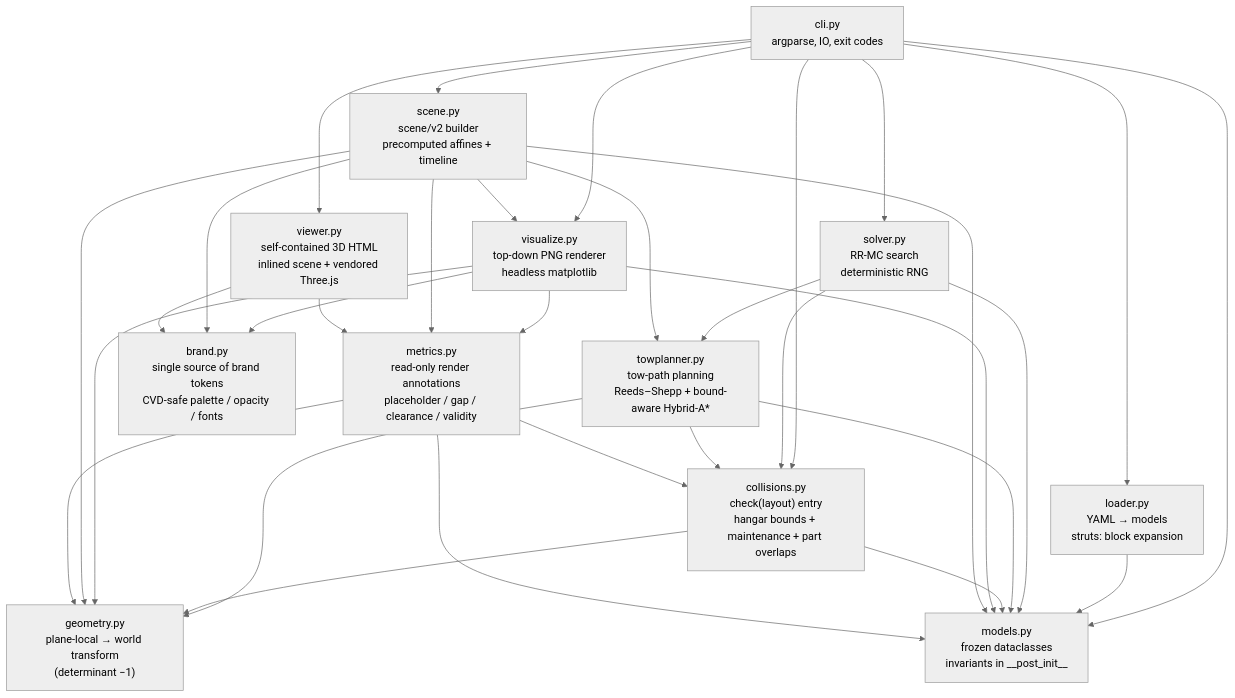
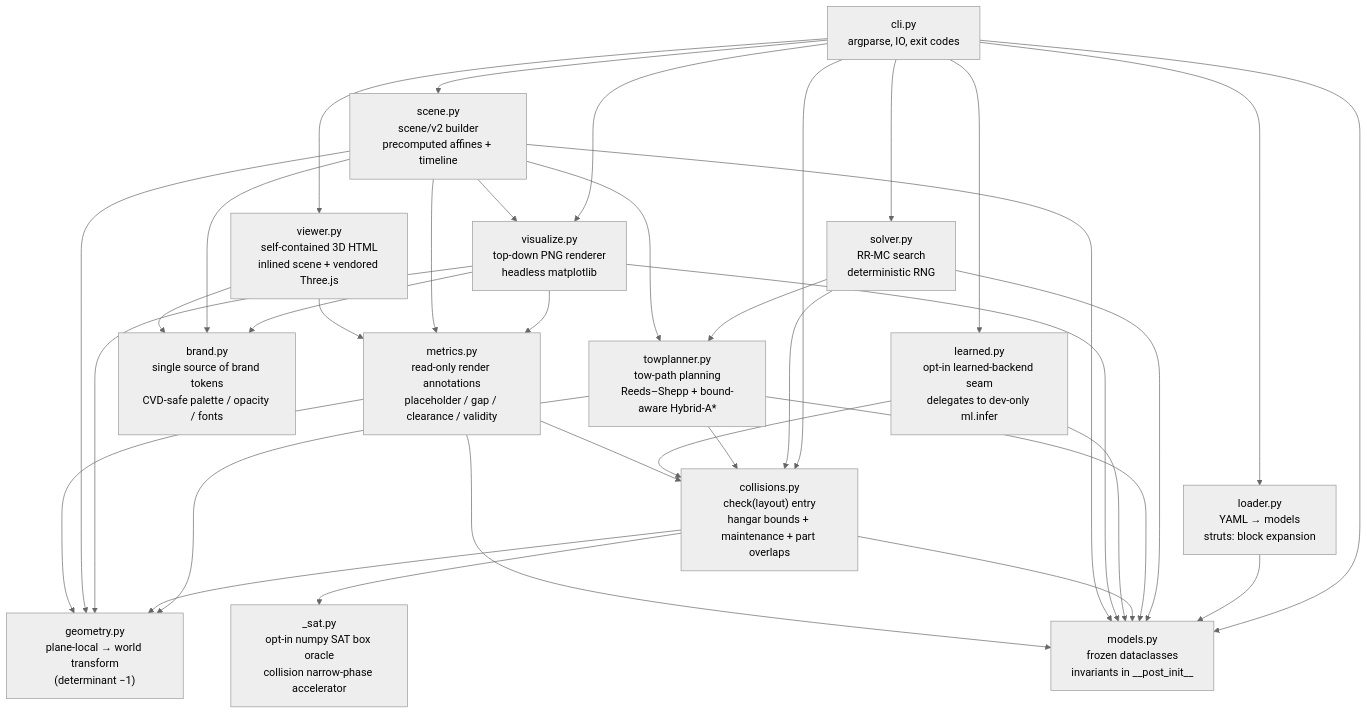
The first of 2 diagrams in docs/architecture/05-building-block-view.md (DocGerd/hangarfit), drawn with Mermaid (neutral theme) before and after one commit. The commit also changed other lines of this file and 5 other files, not shown here.

````diff
--- a/docs/architecture/05-building-block-view.md
+++ b/docs/architecture/05-building-block-view.md
@@ -9,56 +9,63 @@
 ```mermaid
 flowchart TD
     cli["cli.py<br/>argparse, IO, exit codes"]
     loader["loader.py<br/>YAML → models<br/>struts: block expansion"]
     models["models.py<br/>frozen dataclasses<br/>invariants in __post_init__"]
     geometry["geometry.py<br/>plane-local → world transform<br/>(determinant −1)"]
     collisions["collisions.py<br/>check(layout) entry<br/>hangar bounds + maintenance + part overlaps"]
     solver["solver.py<br/>RR-MC search<br/>deterministic RNG"]
     towplanner["towplanner.py<br/>tow-path planning<br/>Reeds–Shepp + bound-aware Hybrid-A*"]
     visualize["visualize.py<br/>top-down PNG renderer<br/>headless matplotlib"]
     scene["scene.py<br/>scene/v2 builder<br/>precomputed affines + timeline"]
     viewer["viewer.py<br/>self-contained 3D HTML<br/>inlined scene + vendored Three.js"]
     metrics["metrics.py<br/>read-only render annotations<br/>placeholder / gap / clearance / validity"]
     brand["brand.py<br/>single source of brand tokens<br/>CVD-safe palette / opacity / fonts"]
+    sat["_sat.py<br/>opt-in numpy SAT box oracle<br/>collision narrow-phase accelerator"]
+    learned["learned.py<br/>opt-in learned-backend seam<br/>delegates to dev-only ml.infer"]
 
     cli --> loader
     cli --> collisions
     cli --> solver
     cli --> visualize
     cli --> scene
     cli --> viewer
     cli --> models
+    cli --> learned
 
     loader --> models
 
     solver --> collisions
     solver --> models
     solver --> towplanner
 
     towplanner --> collisions
     towplanner --> geometry
     towplanner --> models
 
     collisions --> geometry
     collisions --> models
+    collisions --> sat
+
+    learned --> collisions
+    learned --> models
 
     visualize --> geometry
     visualize --> models
 
     scene --> geometry
     scene --> towplanner
     scene --> visualize
     scene --> models
 
     metrics --> collisions
     metrics --> geometry
     metrics --> models
 
     visualize --> metrics
     scene --> metrics
     viewer --> metrics
 
     visualize --> brand
     scene --> brand
     viewer --> brand
 ```
````
